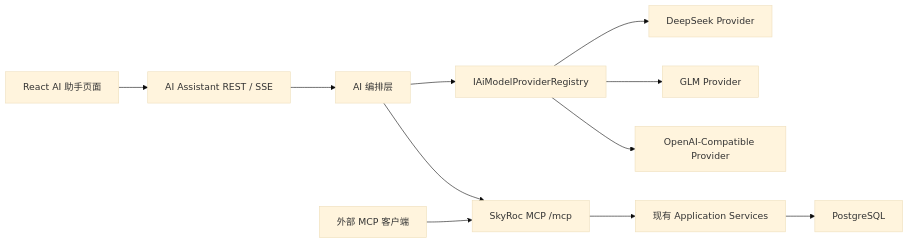
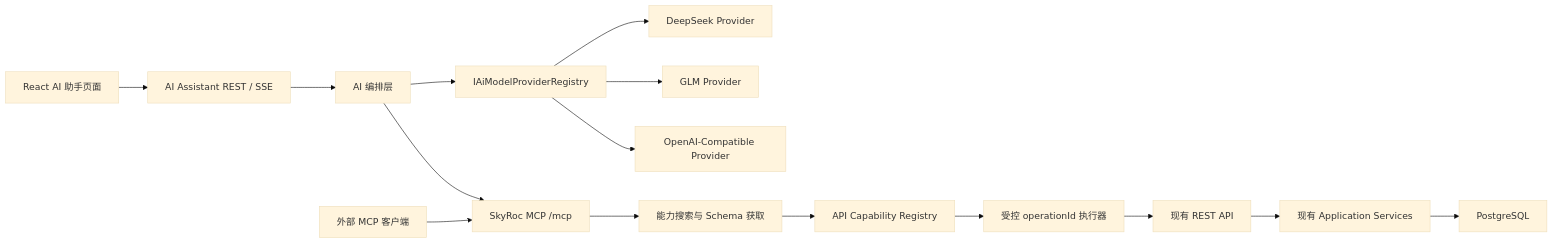
One commit to 960602906/skyroc changed the diagram in docs/superpowers/plans/2026-07-22-ai-assistant-mcp.md. Above: the diagram before and after it, drawn with Mermaid (base theme). The commit also changed other lines of this file and 2 other files, not shown here.

First line of the commit message:
feat: update AI assistant and MCP service documentation and task progression

````diff
--- a/docs/superpowers/plans/2026-07-22-ai-assistant-mcp.md
+++ b/docs/superpowers/plans/2026-07-22-ai-assistant-mcp.md
@@ -26,13 +32,17 @@
 ```mermaid
 flowchart LR
     UI["React AI 助手页面"] --> REST["AI Assistant REST / SSE"]
     REST --> ORCH["AI 编排层"]
     ORCH --> REG["IAiModelProviderRegistry"]
     REG --> DSP["DeepSeek Provider"]
     REG --> GLM["GLM Provider"]
     REG --> OAI["OpenAI-Compatible Provider"]
     ORCH --> MCP["SkyRoc MCP /mcp"]
-    MCP --> APP["现有 Application Services"]
+    MCP --> DISC["能力搜索与 Schema 获取"]
+    DISC --> CATALOG["API Capability Registry"]
+    CATALOG --> EXEC["受控 operationId 执行器"]
+    EXEC --> API["现有 REST API"]
+    API --> APP["现有 Application Services"]
     APP --> DB["PostgreSQL"]
     EXT["外部 MCP 客户端"] --> MCP
 ```
````
